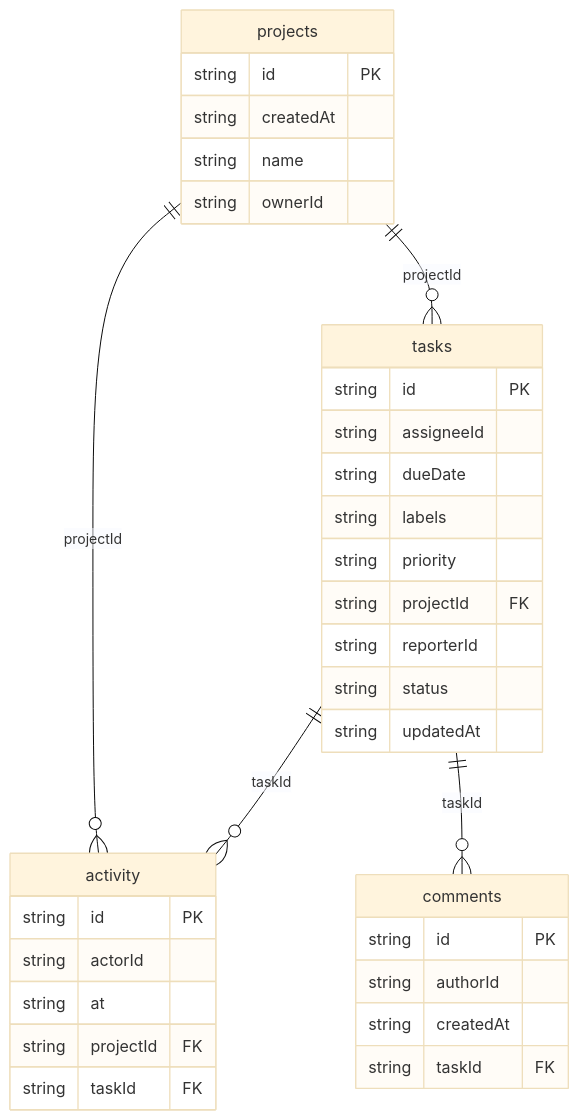
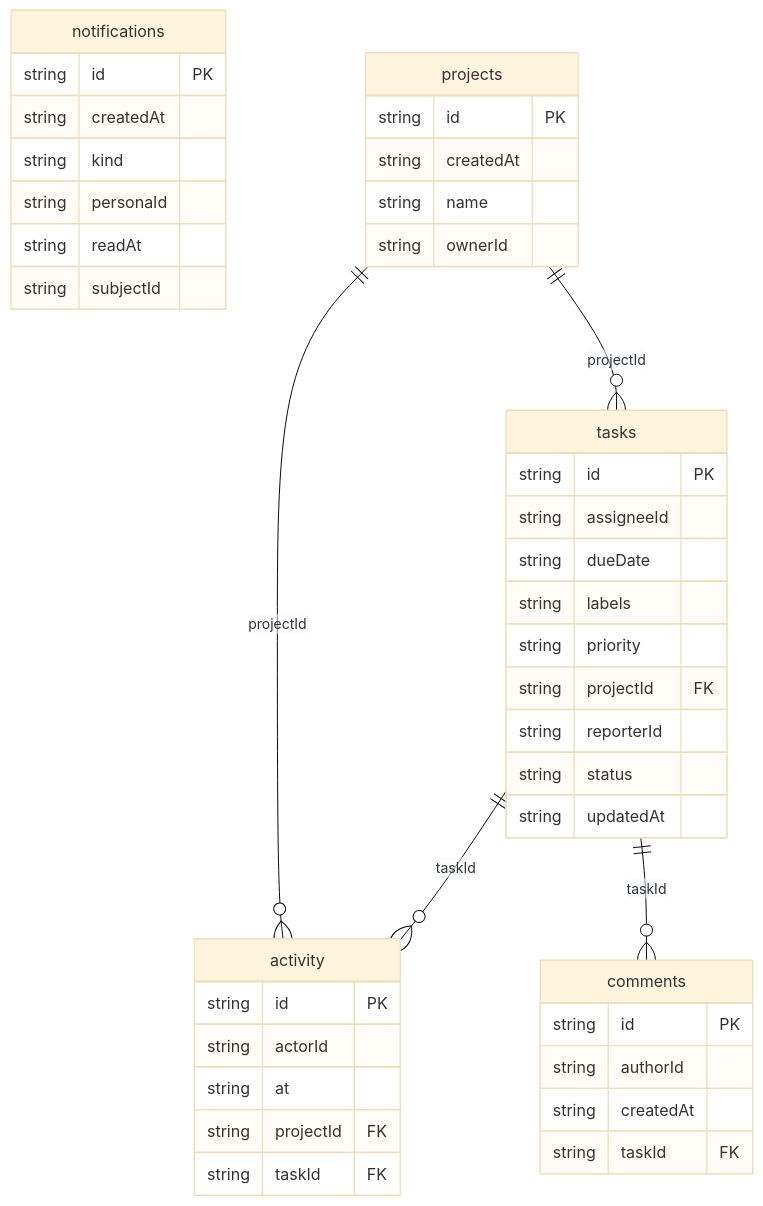
One commit to DailybotHQ/protoyard changed the diagram in templates/task-manager/docs/DATA_MODEL.md. Above: the diagram before and after it, drawn with Mermaid (base theme). The commit also changed other lines of this file and 60 other files, not shown here.

````diff
--- a/templates/task-manager/docs/DATA_MODEL.md
+++ b/templates/task-manager/docs/DATA_MODEL.md
@@ -21,37 +22,45 @@
 ```mermaid
 erDiagram
   activity {
     string id PK
     string actorId
     string at
     string projectId FK
     string taskId FK
   }
   comments {
     string id PK
     string authorId
     string createdAt
     string taskId FK
+  }
+  notifications {
+    string id PK
+    string createdAt
+    string kind
+    string personaId
+    string readAt
+    string subjectId
   }
   projects {
     string id PK
     string createdAt
     string name
     string ownerId
   }
   tasks {
     string id PK
     string assigneeId
     string dueDate
     string labels
     string priority
     string projectId FK
     string reporterId
     string status
     string updatedAt
   }
   projects ||--o{ activity : projectId
   tasks ||--o{ activity : taskId
   tasks ||--o{ comments : taskId
   projects ||--o{ tasks : projectId
 ```
````
